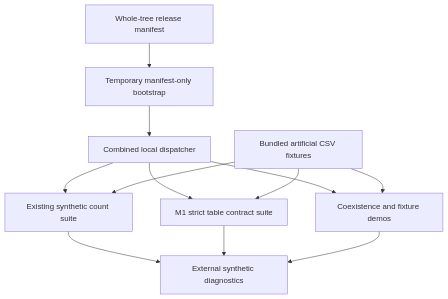
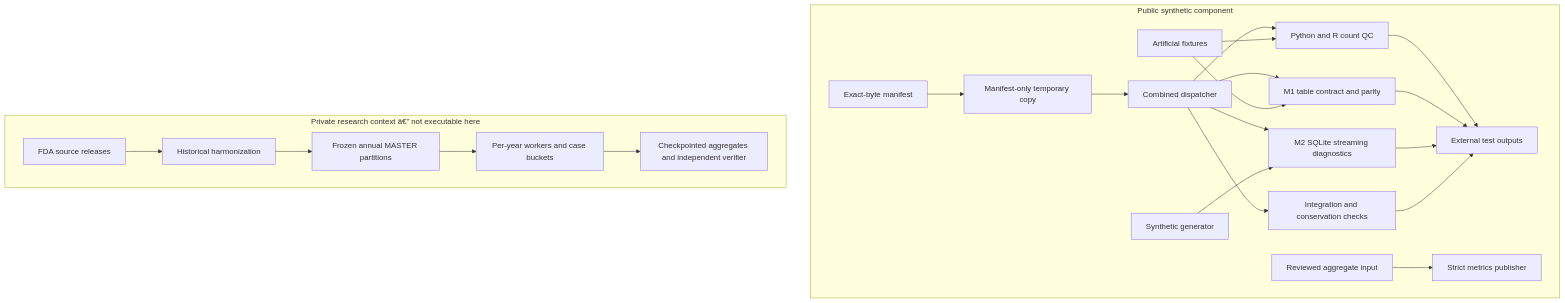
The diagram in docs/ARCHITECTURE.md (ahmedalaqab33-source/RENAL_FAERS_2026), drawn with Mermaid before and after one commit. The commit also changed other lines of this file and 16 other files, not shown here.

Commit message:
docs: finalize evidence-backed portfolio and synthetic review checks

````diff
--- a/docs/ARCHITECTURE.md
+++ b/docs/ARCHITECTURE.md
@@ -3,14 +3,21 @@
 ```mermaid
-flowchart TD
- M[Whole-tree release manifest] --> B[Temporary manifest-only bootstrap]
- B --> A[Combined local dispatcher]
- A --> Q[Existing synthetic count suite]
- A --> V[M1 strict table contract suite]
- A --> I[Coexistence and fixture demos]
- F[Bundled artificial CSV fixtures] --> Q
- F --> V
- F --> I
- Q --> O[External synthetic diagnostics]
- V --> O
- I --> O
+flowchart TB
+  subgraph PUBLIC["Public synthetic component"]
+    M[Exact-byte manifest] --> B[Manifest-only temporary copy]
+    B --> D[Combined dispatcher]
+    D --> Q[Python and R count QC]
+    D --> C[M1 table contract and parity]
+    D --> S[M2 SQLite streaming diagnostics]
+    D --> I[Integration and conservation checks]
+    F[Artificial fixtures] --> Q & C
+    G[Synthetic generator] --> S
+    Q & C & S & I --> O[External test outputs]
+    P[Reviewed aggregate input] --> T[Strict metrics publisher]
+  end
+  subgraph PRIVATE["Private research context â€” not executable here"]
+    A[FDA source releases] --> H[Historical harmonization]
+    H --> R[Frozen annual MASTER partitions]
+    R --> W[Per-year workers and case buckets]
+    W --> V[Checkpointed aggregates and independent verifier]
+  end
 ```
````
